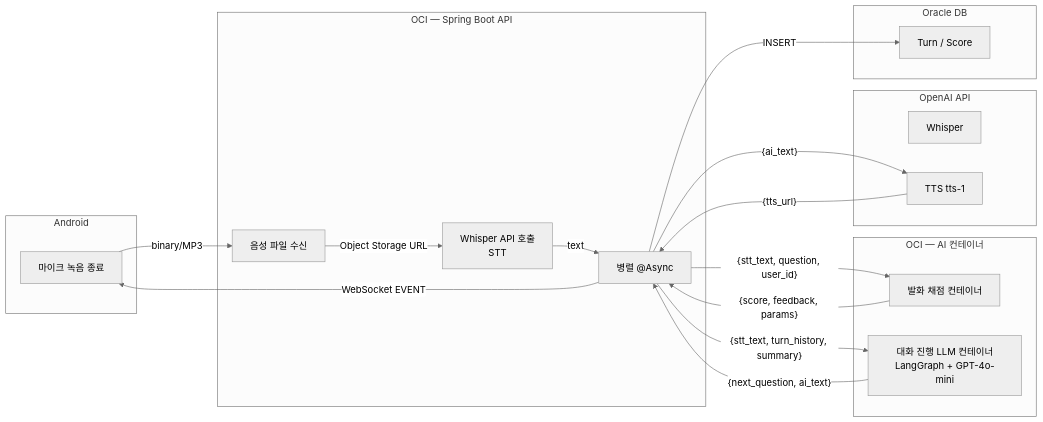
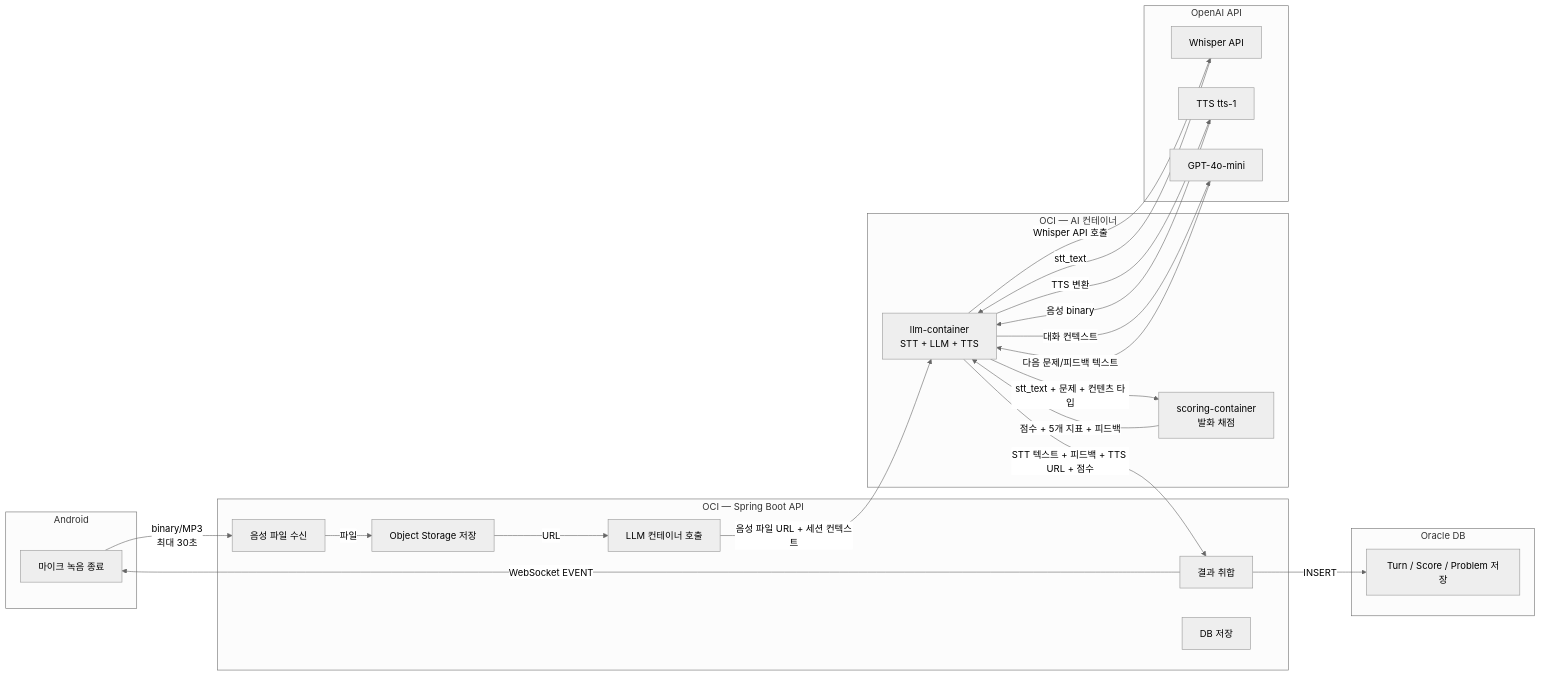
The first of 6 diagrams in 03_AI_Pipeline_Design.md (2026SeSAC-Oracle-Team2/Documentations), drawn with Mermaid (neutral theme) before and after one commit. The commit also changed other lines of this file and 7 other files, not shown here.

````diff
--- a/03_AI_Pipeline_Design.md
+++ b/03_AI_Pipeline_Design.md
@@ -17,38 +19,48 @@
 ```mermaid
 graph LR
     subgraph Android
         A[마이크 녹음 종료]
     end
 
     subgraph OCI_API[OCI — Spring Boot API]
         B[음성 파일 수신]
-        C[Whisper API 호출<br/>STT]
-        D[병렬 @Async]
+        C[Object Storage 저장]
+        D[LLM 컨테이너 호출]
+        E[결과 취합]
+        F[DB 저장]
     end
 
     subgraph OCI_AI[OCI — AI 컨테이너]
-        E[발화 채점 컨테이너]
-        F[대화 진행 LLM 컨테이너<br/>LangGraph + GPT-4o-mini]
+        LLM[llm-container
+STT + LLM + TTS]
+        SC[scoring-container
+발화 채점]
     end
 
     subgraph OpenAI[OpenAI API]
-        G[Whisper]
-        H[TTS tts-1]
+        W[Whisper API]
+        T[TTS tts-1]
+        G[GPT-4o-mini]
     end
 
     subgraph DB[Oracle DB]
-        I[Turn / Score<br/</Problem 저장]
+        I[Turn / Score / Problem 저장]
     end
 
-    A -->|binary/MP3| B
-    B -->|Object Storage URL| C
-    C -->|text| D
-    D -->|"{stt_text, question, user_id}"| E
-    D -->|"{stt_text, turn_history, summary}"| F
-    E -->|"{score, feedback, params}"| D
-    F -->|"{next_question, ai_text}"| D
-    D -->|"{ai_text}"| H
-    H -->|"{tts_url}"| D
-    D -->|WebSocket EVENT| A
-    D -->|INSERT| I
+    A -->|binary/MP3
+최대 30초| B
+    B -->|파일| C
+    C -->|URL| D
+    D -->|음성 파일 URL + 세션 컨텍스트| LLM
+    LLM -->|Whisper API 호출| W
+    W -->|stt_text| LLM
+    LLM -->|stt_text + 문제 + 컨텐츠 타입| SC
+    SC -->|점수 + 5개 지표 + 피드백| LLM
+    LLM -->|대화 컨텍스트| G
+    G -->|다음 문제/피드백 텍스트| LLM
+    LLM -->|TTS 변환| T
+    T -->|음성 binary| LLM
+    LLM -->|STT 텍스트 + 피드백 + TTS URL + 점수| E
+    E -->|WebSocket EVENT| A
+    E -->|INSERT| I
 ```
````
